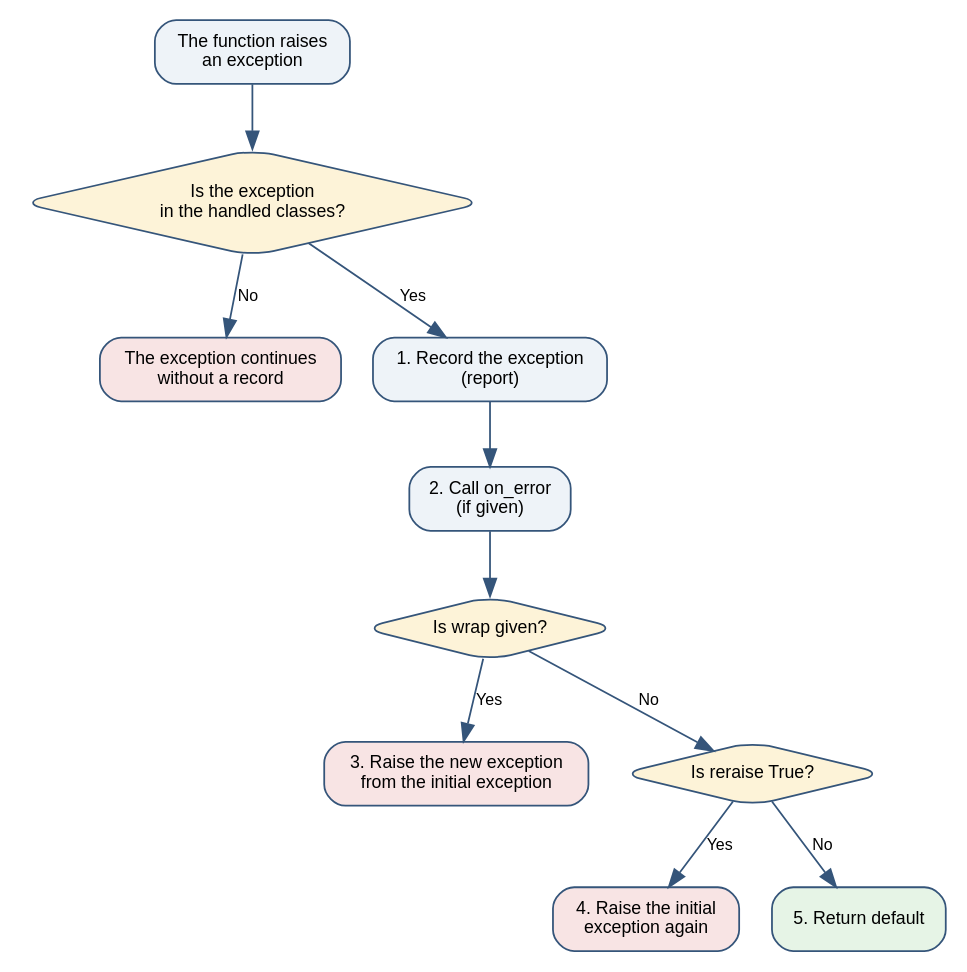
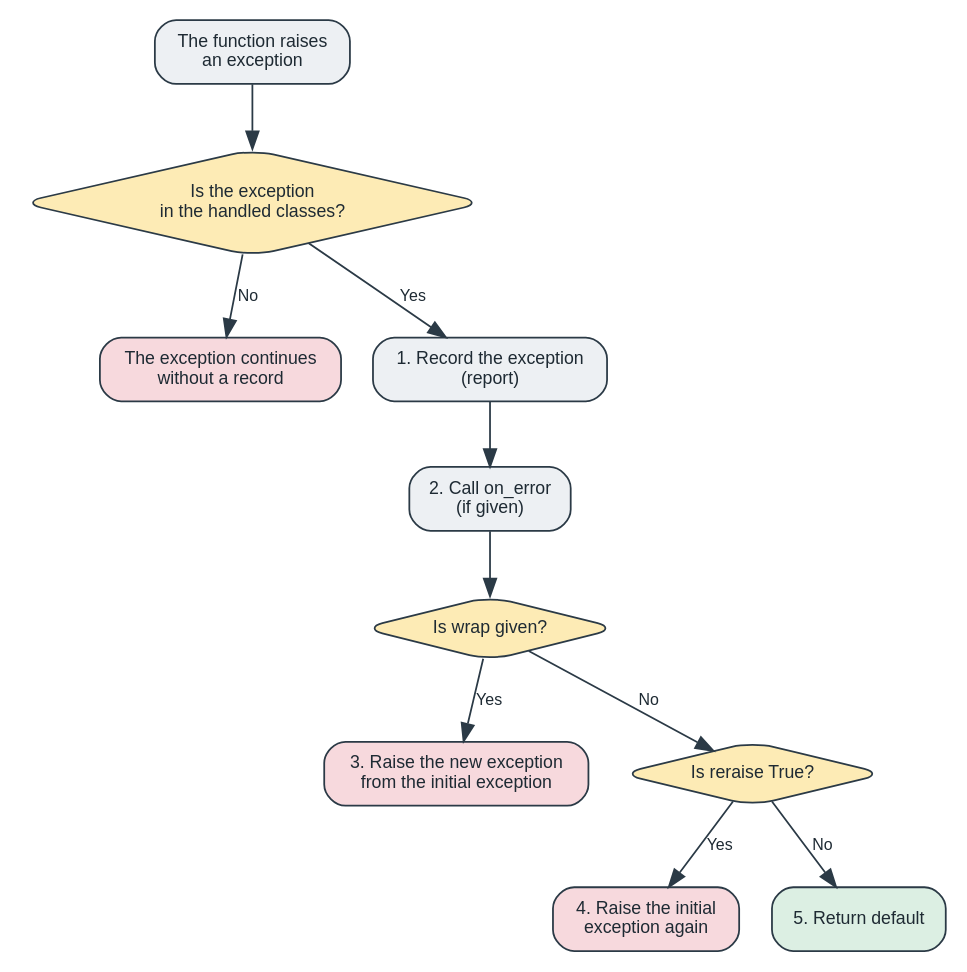
One commit to MasonicTombomb/annunciator changed the diagram in docs/figures/policy.dot. Above: the diagram before and after it, drawn with Graphviz. The commit also changed 105 other files, not shown here.

```diff
--- a/docs/figures/policy.dot
+++ b/docs/figures/policy.dot
@@ -1,15 +1,15 @@
 digraph policy {
-  fontname="Helvetica"; node [fontname="Helvetica", fontsize=10, shape=box, style="rounded,filled", fillcolor="#eef3f8", color="#35557a"]; edge [fontname="Helvetica", fontsize=9, color="#35557a"];
+  fontname="Helvetica"; node [fontcolor="#1E2A33", fontname="Helvetica", fontsize=10, shape=box, style="rounded,filled", fillcolor="#EDF0F3", color="#2B3A46"]; edge [fontcolor="#1E2A33", fontname="Helvetica", fontsize=9, color="#2B3A46"];
   start [label="The function raises\nan exception"];
-  match [label="Is the exception\nin the handled classes?", shape=diamond, fillcolor="#fdf3d8"];
-  pass [label="The exception continues\nwithout a record", fillcolor="#f8e4e4"];
+  match [label="Is the exception\nin the handled classes?", shape=diamond, fillcolor="#FDEBB5"];
+  pass [label="The exception continues\nwithout a record", fillcolor="#F7D9DD"];
   rec [label="1. Record the exception\n(report)"];
   cb [label="2. Call on_error\n(if given)"];
-  wrap [label="Is wrap given?", shape=diamond, fillcolor="#fdf3d8"];
-  new [label="3. Raise the new exception\nfrom the initial exception", fillcolor="#f8e4e4"];
-  re [label="Is reraise True?", shape=diamond, fillcolor="#fdf3d8"];
-  again [label="4. Raise the initial\nexception again", fillcolor="#f8e4e4"];
-  dflt [label="5. Return default", fillcolor="#e6f4e6"];
+  wrap [label="Is wrap given?", shape=diamond, fillcolor="#FDEBB5"];
+  new [label="3. Raise the new exception\nfrom the initial exception", fillcolor="#F7D9DD"];
+  re [label="Is reraise True?", shape=diamond, fillcolor="#FDEBB5"];
+  again [label="4. Raise the initial\nexception again", fillcolor="#F7D9DD"];
+  dflt [label="5. Return default", fillcolor="#DCEFE3"];
   start -> match; match -> pass [label="No"]; match -> rec [label="Yes"]; rec -> cb; cb -> wrap;
   wrap -> new [label="Yes"]; wrap -> re [label="No"]; re -> again [label="Yes"]; re -> dflt [label="No"];
 }
```
